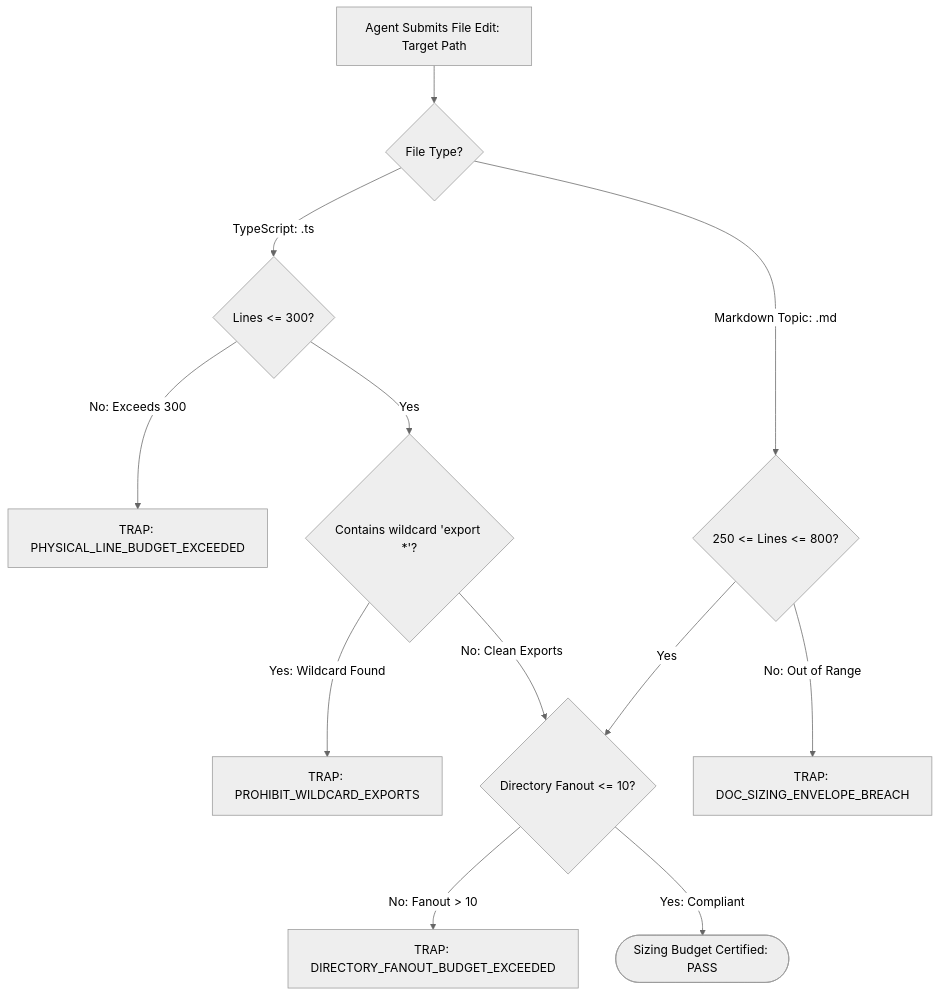
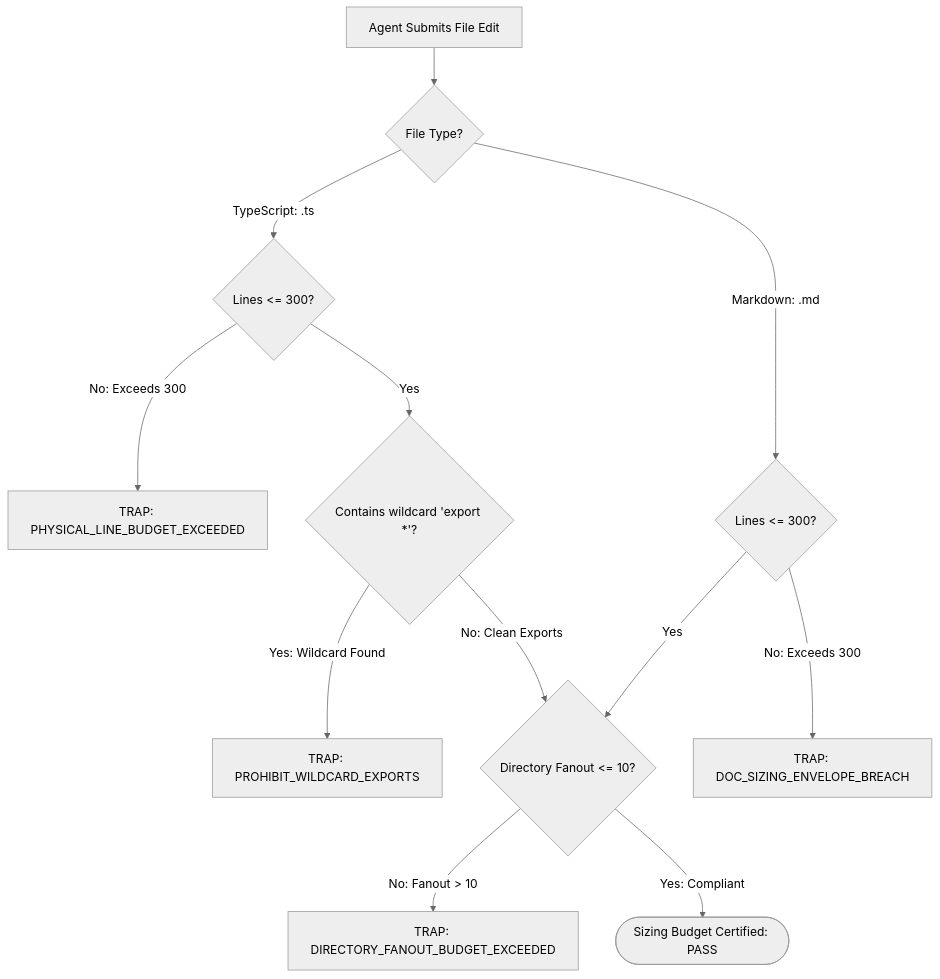
Before and after one commit to onurseckin/skills: the diagram in docs/olt/architecture/02-four-tier-hierarchy/02-04-modular-file-and-directory-budgets.md, drawn with Mermaid (neutral theme). The commit also changed other lines of this file and 115 other files, not shown here.

````diff
--- a/docs/olt/architecture/02-four-tier-hierarchy/02-04-modular-file-and-directory-budgets.md
+++ b/docs/olt/architecture/02-four-tier-hierarchy/02-04-modular-file-and-directory-budgets.md
@@ -110,17 +70,14 @@
 ```mermaid
 flowchart TD
-    FileEdit[Agent Submits File Edit: Target Path] --> TypeCheck{File Type?}
-
+    FileEdit[Agent Submits File Edit] --> TypeCheck{File Type?}
     TypeCheck -->|TypeScript: .ts| CheckTSLines{Lines <= 300?}
     CheckTSLines -->|No: Exceeds 300| TrapTSLimit[TRAP: PHYSICAL_LINE_BUDGET_EXCEEDED]
     CheckTSLines -->|Yes| CheckExports{Contains wildcard 'export *'?}
     CheckExports -->|Yes: Wildcard Found| TrapWildcard[TRAP: PROHIBIT_WILDCARD_EXPORTS]
     CheckExports -->|No: Clean Exports| CheckDirFanout
-
-    TypeCheck -->|Markdown Topic: .md| CheckDocLines{250 <= Lines <= 800?}
-    CheckDocLines -->|No: Out of Range| TrapDocLimit[TRAP: DOC_SIZING_ENVELOPE_BREACH]
+    TypeCheck -->|Markdown: .md| CheckDocLines{Lines <= 300?}
+    CheckDocLines -->|No: Exceeds 300| TrapDocLimit[TRAP: DOC_SIZING_ENVELOPE_BREACH]
     CheckDocLines -->|Yes| CheckDirFanout{Directory Fanout <= 10?}
-
     CheckDirFanout -->|No: Fanout > 10| TrapFanout[TRAP: DIRECTORY_FANOUT_BUDGET_EXCEEDED]
     CheckDirFanout -->|Yes: Compliant| PassAll([Sizing Budget Certified: PASS])
 ```
````
